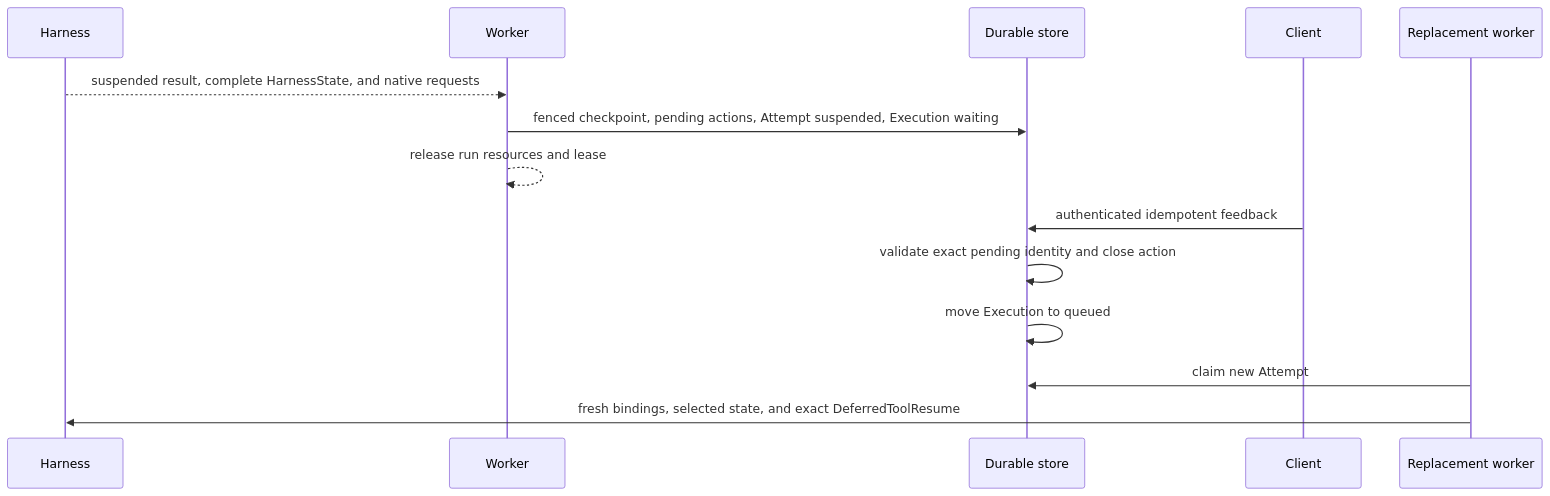
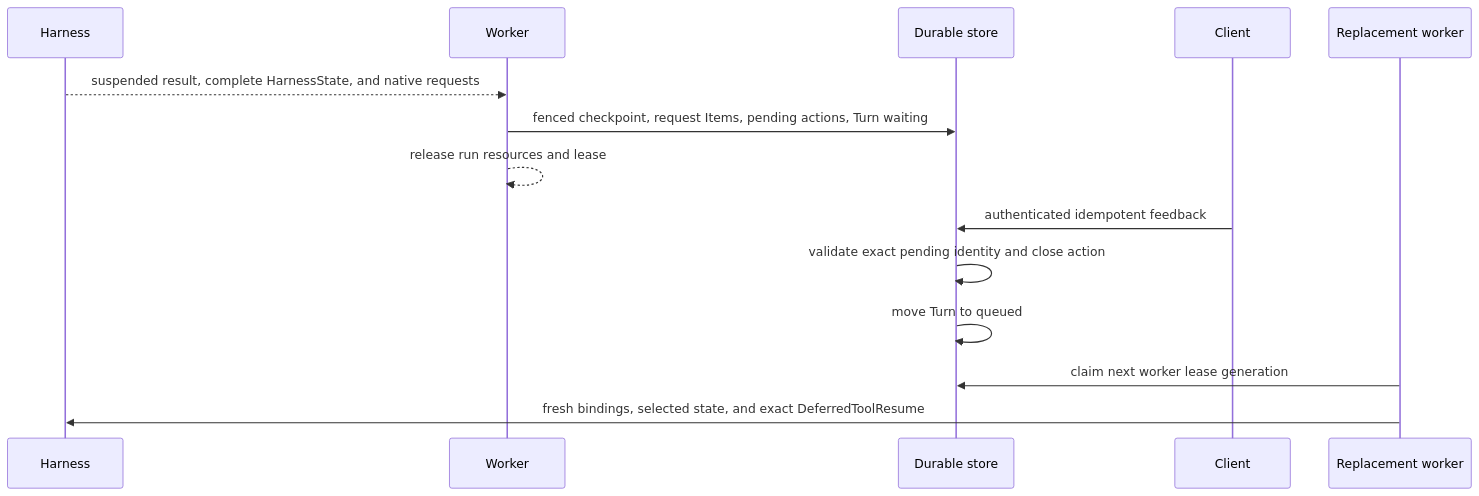
One commit to converge-ai-labs/agent-foundation changed the first of 2 diagrams in spec/foundation-service/05-deferred-actions-and-children.md. Above: the diagram before and after it, drawn with Mermaid. The commit also changed other lines of this file and 29 other files, not shown here.

````diff
--- a/spec/foundation-service/05-deferred-actions-and-children.md
+++ b/spec/foundation-service/05-deferred-actions-and-children.md
@@ -36,17 +37,17 @@
 ```mermaid
 sequenceDiagram
     participant Harness
     participant Worker
     participant DB as Durable store
     participant Client
     participant NextWorker as Replacement worker
 
     Harness-->>Worker: suspended result, complete HarnessState, and native requests
-    Worker->>DB: fenced checkpoint, pending actions, Attempt suspended, Execution waiting
+    Worker->>DB: fenced checkpoint, request Items, pending actions, Turn waiting
     Worker-->>Worker: release run resources and lease
     Client->>DB: authenticated idempotent feedback
     DB->>DB: validate exact pending identity and close action
-    DB->>DB: move Execution to queued
-    NextWorker->>DB: claim new Attempt
+    DB->>DB: move Turn to queued
+    NextWorker->>DB: claim next worker lease generation
     NextWorker->>Harness: fresh bindings, selected state, and exact DeferredToolResume
 ```
````
